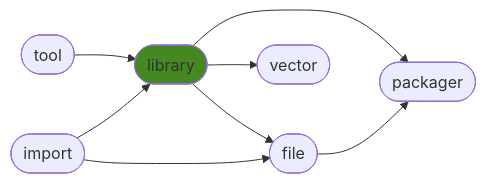
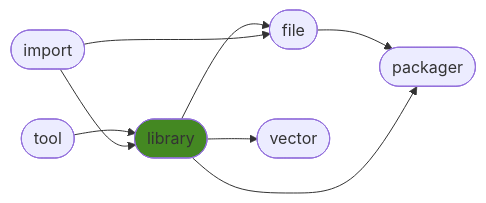
The diagram in README.md (ManderaGeneral/generallibrary), drawn with Mermaid before and after one commit. The commit also changed other lines of this file, not shown here.

````diff
--- a/README.md
+++ b/README.md
@@ -24,17 +24,17 @@
 ```mermaid
 flowchart LR
-2([library]) --> 4([vector])
+3([file]) --> 5([packager])
+2([library]) --> 3([file])
 1([tool]) --> 2([library])
 2([library]) --> 5([packager])
+2([library]) --> 4([vector])
 0([import]) --> 2([library])
-3([file]) --> 5([packager])
-2([library]) --> 3([file])
 0([import]) --> 3([file])
 click 0 "https://github.com/ManderaGeneral/generalimport"
 click 1 "https://github.com/ManderaGeneral/generaltool"
 click 2 "https://github.com/ManderaGeneral/generallibrary"
 click 3 "https://github.com/ManderaGeneral/generalfile"
 click 4 "https://github.com/ManderaGeneral/generalvector"
 click 5 "https://github.com/ManderaGeneral/generalpackager"
 style 2 fill:#482
 ```
````
